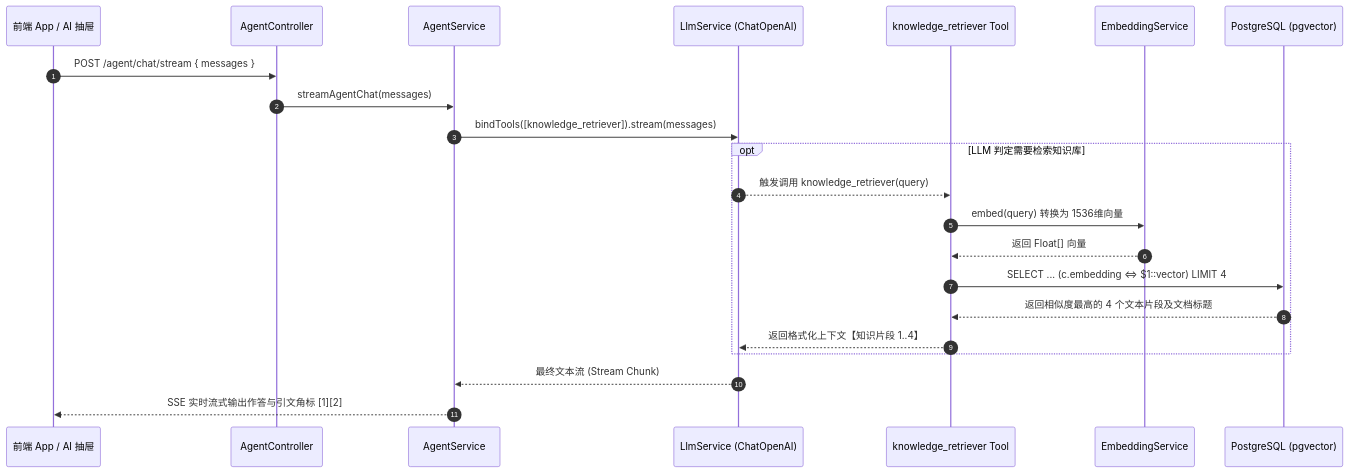
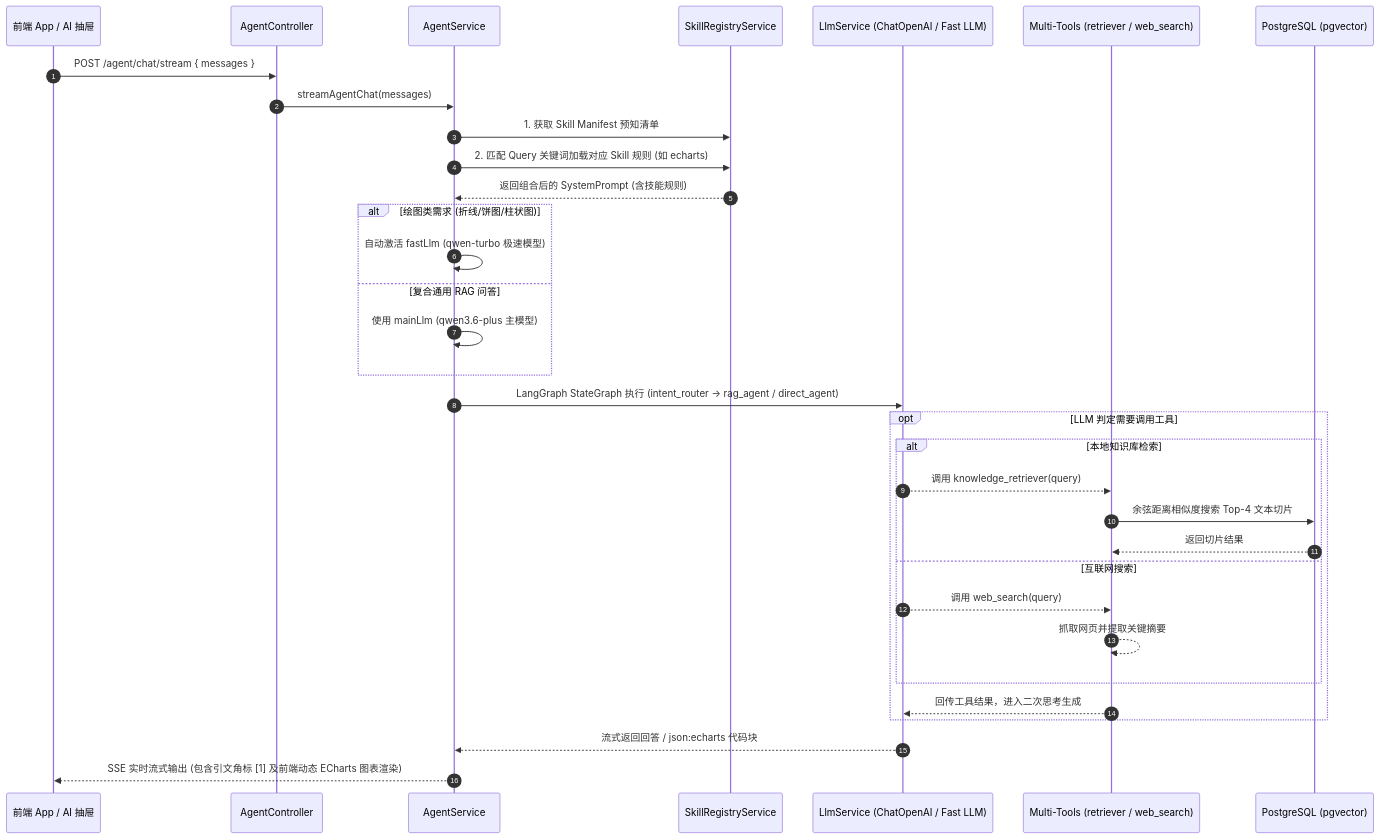
One commit to wllcyg/my-push changed the second of 2 diagrams in enterprise-knowledge-base/docs/document-upload-flow.md. Above: the diagram before and after it, drawn with Mermaid. The commit also changed other lines of this file and 4 other files, not shown here.

Commit message:
feat: implement ECharts visualization skill with integration in agent service and chat UI

````diff
--- a/enterprise-knowledge-base/docs/document-upload-flow.md
+++ b/enterprise-knowledge-base/docs/document-upload-flow.md
@@ -61,27 +66,41 @@
 ```mermaid
 sequenceDiagram
     autonumber
     participant Client as 前端 App / AI 抽屉
     participant AgentCtrl as AgentController
     participant AgentSvc as AgentService
-    participant LLM as LlmService (ChatOpenAI)
-    participant Tool as knowledge_retriever Tool
-    participant Embed as EmbeddingService
+    participant SkillReg as SkillRegistryService
+    participant LLM as LlmService (ChatOpenAI / Fast LLM)
+    participant Tool as Multi-Tools (retriever / web_search)
     participant PG as PostgreSQL (pgvector)
 
     Client->>AgentCtrl: POST /agent/chat/stream { messages }
     AgentCtrl->>AgentSvc: streamAgentChat(messages)
-    AgentSvc->>LLM: bindTools([knowledge_retriever]).stream(messages)
     
-    opt LLM 判定需要检索知识库
-        LLM-->>Tool: 触发调用 knowledge_retriever(query)
-        Tool->>Embed: embed(query) 转换为 1536维向量
-        Embed-->>Tool: 返回 Float[] 向量
-        Tool->>PG: SELECT ... (c.embedding <=> $1::vector) LIMIT 4
-        PG-->>Tool: 返回相似度最高的 4 个文本片段及文档标题
-        Tool-->>LLM: 返回格式化上下文【知识片段 1..4】
+    AgentSvc->>SkillReg: 1. 获取 Skill Manifest 预知清单
+    AgentSvc->>SkillReg: 2. 匹配 Query 关键词加载对应 Skill 规则 (如 echarts)
+    SkillReg-->>AgentSvc: 返回组合后的 SystemPrompt (含技能规则)
+
+    alt 绘图类需求 (折线/饼图/柱状图)
+        AgentSvc->>AgentSvc: 自动激活 fastLlm (qwen-turbo 极速模型)
+    else 复合通用 RAG 问答
+        AgentSvc->>AgentSvc: 使用 mainLlm (qwen3.6-plus 主模型)
     end
 
-    LLM-->>AgentSvc: 最终文本流 (Stream Chunk)
-    AgentSvc-->>Client: SSE 实时流式输出作答与引文角标 [1][2]
+    AgentSvc->>LLM: LangGraph StateGraph 执行 (intent_router -> rag_agent / direct_agent)
+    
+    opt LLM 判定需要调用工具
+        alt 本地知识库检索
+            LLM-->>Tool: 调用 knowledge_retriever(query)
+            Tool->>PG: 余弦距离相似度搜索 Top-4 文本切片
+            PG-->>Tool: 返回切片结果
+        else 互联网搜索
+            LLM-->>Tool: 调用 web_search(query)
+            Tool-->>Tool: 抓取网页并提取关键摘要
+        end
+        Tool-->>LLM: 回传工具结果，进入二次思考生成
+    end
+
+    LLM-->>AgentSvc: 流式返回回答 / json:echarts 代码块
+    AgentSvc-->>Client: SSE 实时流式输出 (包含引文角标 [1] 及前端动态 ECharts 图表渲染)
 ```
````
